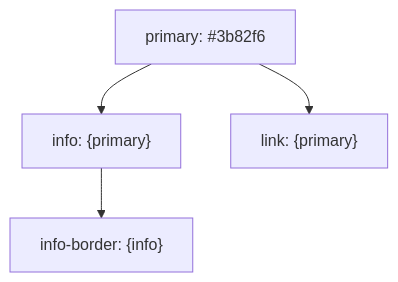
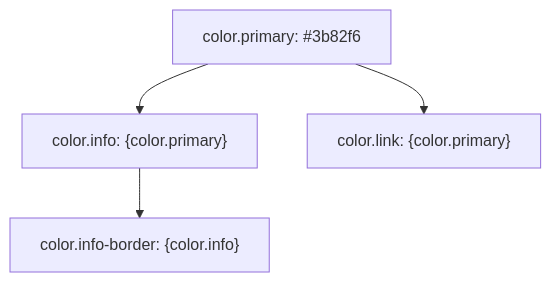
One commit to vuetifyjs/0 changed the second of 2 diagrams in apps/docs/src/pages/composables/registration/create-tokens.md. Above: the diagram before and after it, drawn with Mermaid. The commit also changed 34 other files, not shown here.

````diff
--- a/apps/docs/src/pages/composables/registration/create-tokens.md
+++ b/apps/docs/src/pages/composables/registration/create-tokens.md
@@ -190,6 +190,6 @@
 ```mermaid "Valid Token Graph"
 flowchart TD
-    primary["primary: #3b82f6"] --> info["info: {primary}"]
-    primary --> link["link: {primary}"]
-    info --> infoBorder["info-border: {info}"]
+    primary["color.primary: #3b82f6"] --> info["color.info: {color.primary}"]
+    primary --> link["color.link: {color.primary}"]
+    info --> infoBorder["color.info-border: {color.info}"]
 ```
````
